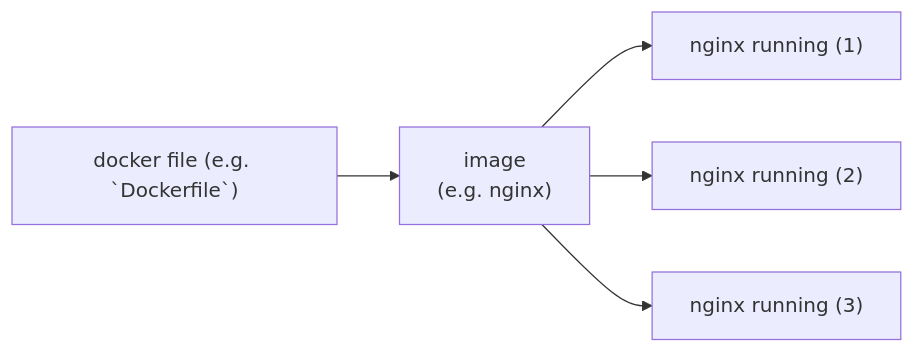
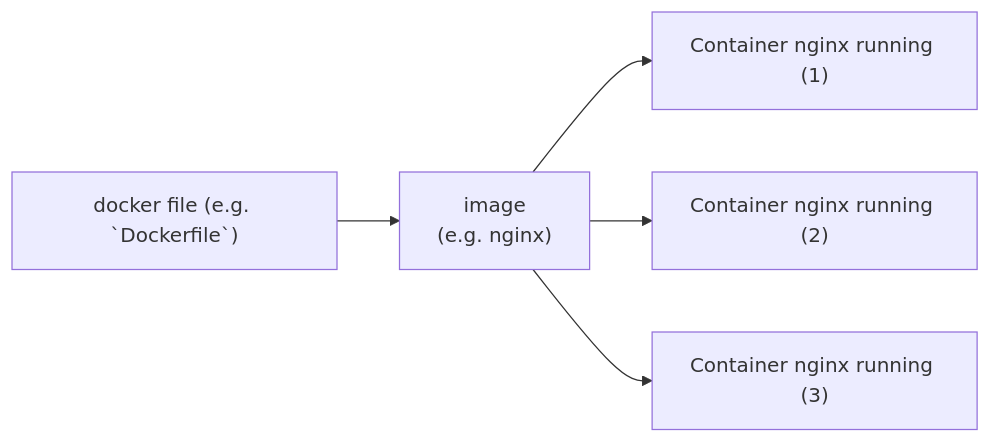
Before and after one commit to HoGentTIN/docker-intro: the second of 2 diagrams in docs/slides.md, drawn with Mermaid. The commit also changed other lines of this file and 4 other files, not shown here.

````diff
--- a/docs/slides.md
+++ b/docs/slides.md
@@ -150,9 +172,9 @@
 ```mermaid
 flowchart LR
     dockerfile["docker file (e.g. `Dockerfile`)"]
     image["image\n(e.g. nginx)"]
     dockerfile --> image
-    image --> container1["nginx running (1)"]
-    image --> container2["nginx running (2)"]
-    image --> container3["nginx running (3)"]
+    image --> container1["Container nginx running (1)"]
+    image --> container2["Container nginx running (2)"]
+    image --> container3["Container nginx running (3)"]
 ```
````
